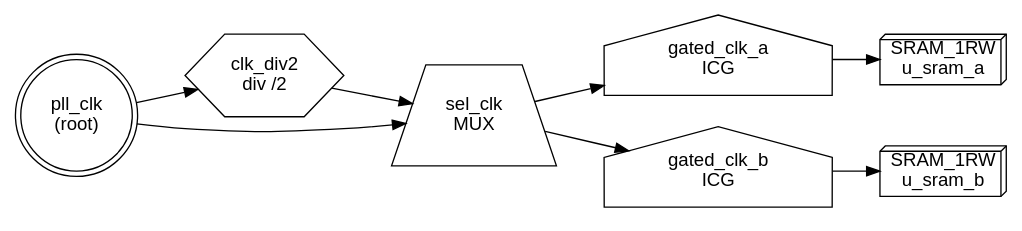
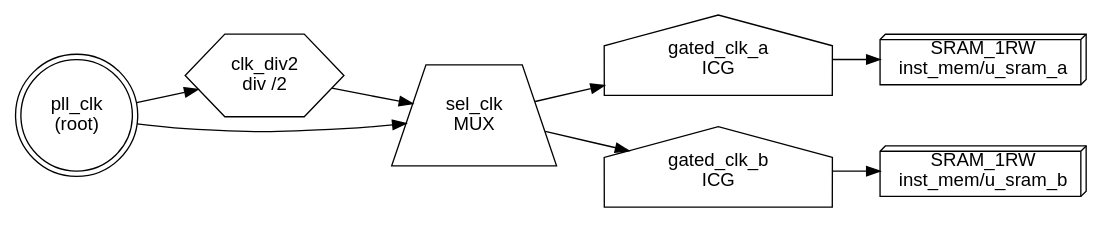
Before and after one commit to LeoYr2022/mem_clock_path_analyzer: the diagram in testcase/expected/clock_tree.dot, drawn with Graphviz. The commit also changed 6 other files, not shown here.

```diff
--- a/testcase/expected/clock_tree.dot
+++ b/testcase/expected/clock_tree.dot
@@ -1,18 +1,18 @@
 digraph clock_tree {
   rankdir=LR;
   node [fontname="Helvetica"];
-  "mem_u_sram_a" [shape=box3d, label="SRAM_1RW\nu_sram_a"];
-  "n_pll_clk" [shape=doublecircle, label="pll_clk\n(root)"];
-  "n_clk_div2" [shape=hexagon, label="clk_div2\ndiv /2"];
-  "n_sel_clk" [shape=trapezium, label="sel_clk\nMUX"];
-  "n_gated_clk_a" [shape=house, label="gated_clk_a\nICG"];
-  "mem_u_sram_b" [shape=box3d, label="SRAM_1RW\nu_sram_b"];
-  "n_gated_clk_b" [shape=house, label="gated_clk_b\nICG"];
-  "n_pll_clk" -> "n_clk_div2";
-  "n_clk_div2" -> "n_sel_clk";
-  "n_pll_clk" -> "n_sel_clk";
-  "n_sel_clk" -> "n_gated_clk_a";
-  "n_gated_clk_a" -> "mem_u_sram_a";
-  "n_sel_clk" -> "n_gated_clk_b";
-  "n_gated_clk_b" -> "mem_u_sram_b";
+  "mem_inst_mem/u_sram_a" [shape=box3d, label="SRAM_1RW\ninst_mem/u_sram_a"];
+  "n_top_pll_clk" [shape=doublecircle, label="pll_clk\n(root)"];
+  "n_top_clk_div2" [shape=hexagon, label="clk_div2\ndiv /2"];
+  "n_top_sel_clk" [shape=trapezium, label="sel_clk\nMUX"];
+  "n_top_gated_clk_a" [shape=house, label="gated_clk_a\nICG"];
+  "mem_inst_mem/u_sram_b" [shape=box3d, label="SRAM_1RW\ninst_mem/u_sram_b"];
+  "n_top_gated_clk_b" [shape=house, label="gated_clk_b\nICG"];
+  "n_top_pll_clk" -> "n_top_clk_div2";
+  "n_top_clk_div2" -> "n_top_sel_clk";
+  "n_top_pll_clk" -> "n_top_sel_clk";
+  "n_top_sel_clk" -> "n_top_gated_clk_a";
+  "n_top_gated_clk_a" -> "mem_inst_mem/u_sram_a";
+  "n_top_sel_clk" -> "n_top_gated_clk_b";
+  "n_top_gated_clk_b" -> "mem_inst_mem/u_sram_b";
 }
```
